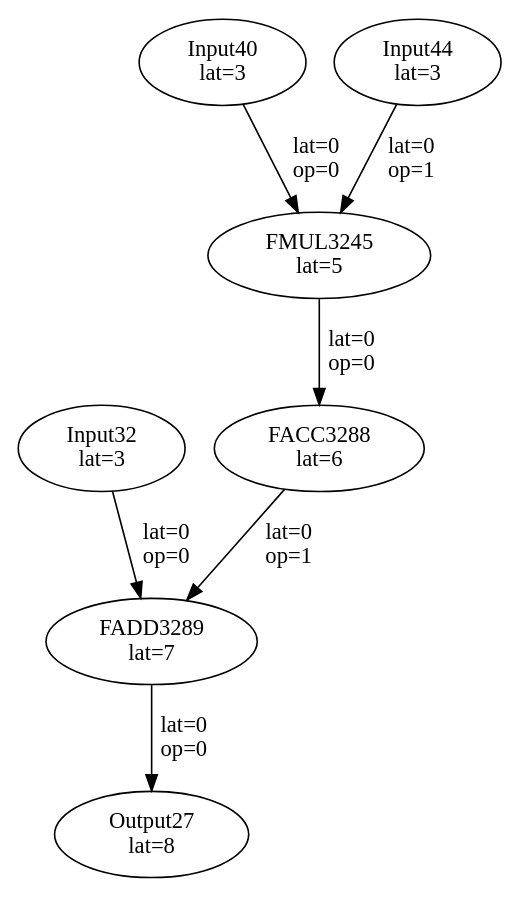
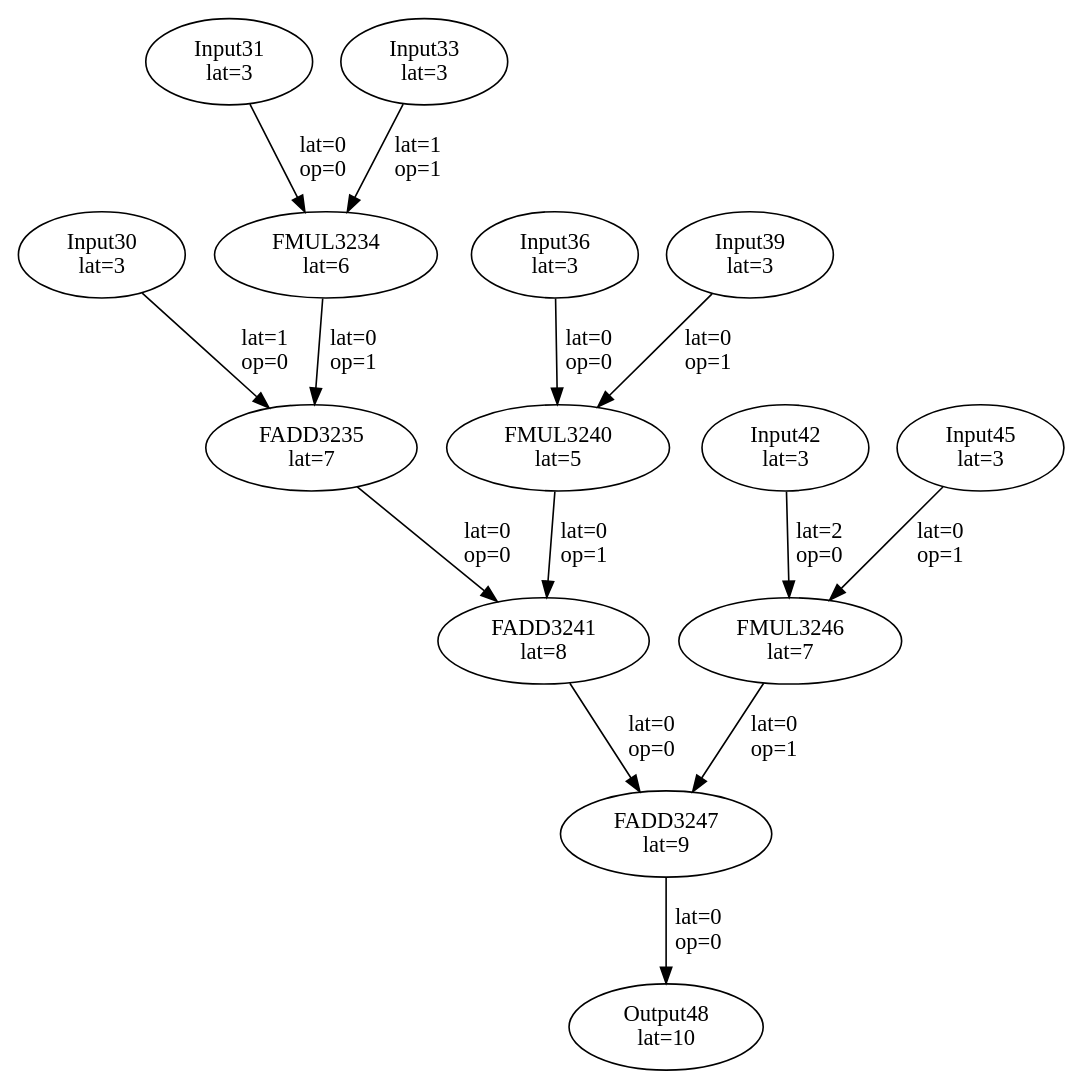
One commit to MIONkb/cgrv-opt changed the diagram in experiments/FloatKernel/tempfiles/mapped_dfg.dot. Above: the diagram before and after it, drawn with Graphviz. The commit also changed 127 other files, not shown here.

```diff
--- a/experiments/FloatKernel/tempfiles/mapped_dfg.dot
+++ b/experiments/FloatKernel/tempfiles/mapped_dfg.dot
@@ -1,15 +1,29 @@
 Digraph G {
-"Output27"[label = "\N\nlat=8"];
-"FADD3289"->"Output27"[label = "lat=0\nop=0"];
-"Input32"[label = "\N\nlat=3"];
-"Input40"[label = "\N\nlat=3"];
-"Input44"[label = "\N\nlat=3"];
-"FMUL3245"[label = "\N\nlat=5"];
-"Input40"->"FMUL3245"[label = "lat=0\nop=0"];
-"Input44"->"FMUL3245"[label = "lat=0\nop=1"];
-"FACC3288"[label = "\N\nlat=6"];
-"FMUL3245"->"FACC3288"[label = "lat=0\nop=0"];
-"FADD3289"[label = "\N\nlat=7"];
-"Input32"->"FADD3289"[label = "lat=0\nop=0"];
-"FACC3288"->"FADD3289"[label = "lat=0\nop=1"];
+"Input30"[label = "\N\nlat=3"];
+"Input31"[label = "\N\nlat=3"];
+"Input33"[label = "\N\nlat=3"];
+"FMUL3234"[label = "\N\nlat=6"];
+"Input31"->"FMUL3234"[label = "lat=0\nop=0"];
+"Input33"->"FMUL3234"[label = "lat=1\nop=1"];
+"FADD3235"[label = "\N\nlat=7"];
+"Input30"->"FADD3235"[label = "lat=1\nop=0"];
+"FMUL3234"->"FADD3235"[label = "lat=0\nop=1"];
+"Input36"[label = "\N\nlat=3"];
+"Input39"[label = "\N\nlat=3"];
+"FMUL3240"[label = "\N\nlat=5"];
+"Input36"->"FMUL3240"[label = "lat=0\nop=0"];
+"Input39"->"FMUL3240"[label = "lat=0\nop=1"];
+"FADD3241"[label = "\N\nlat=8"];
+"FADD3235"->"FADD3241"[label = "lat=0\nop=0"];
+"FMUL3240"->"FADD3241"[label = "lat=0\nop=1"];
+"Input42"[label = "\N\nlat=3"];
+"Input45"[label = "\N\nlat=3"];
+"FMUL3246"[label = "\N\nlat=7"];
+"Input42"->"FMUL3246"[label = "lat=2\nop=0"];
+"Input45"->"FMUL3246"[label = "lat=0\nop=1"];
+"FADD3247"[label = "\N\nlat=9"];
+"FADD3241"->"FADD3247"[label = "lat=0\nop=0"];
+"FMUL3246"->"FADD3247"[label = "lat=0\nop=1"];
+"Output48"[label = "\N\nlat=10"];
+"FADD3247"->"Output48"[label = "lat=0\nop=0"];
 }
```
